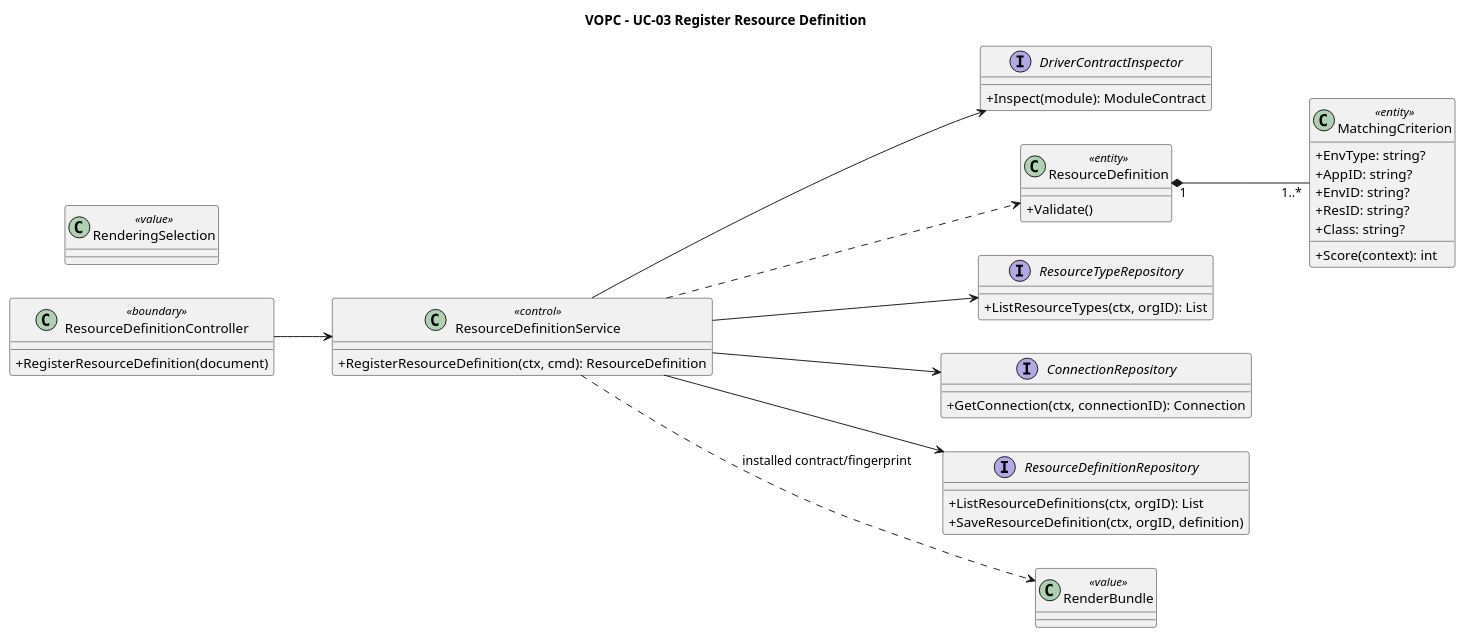
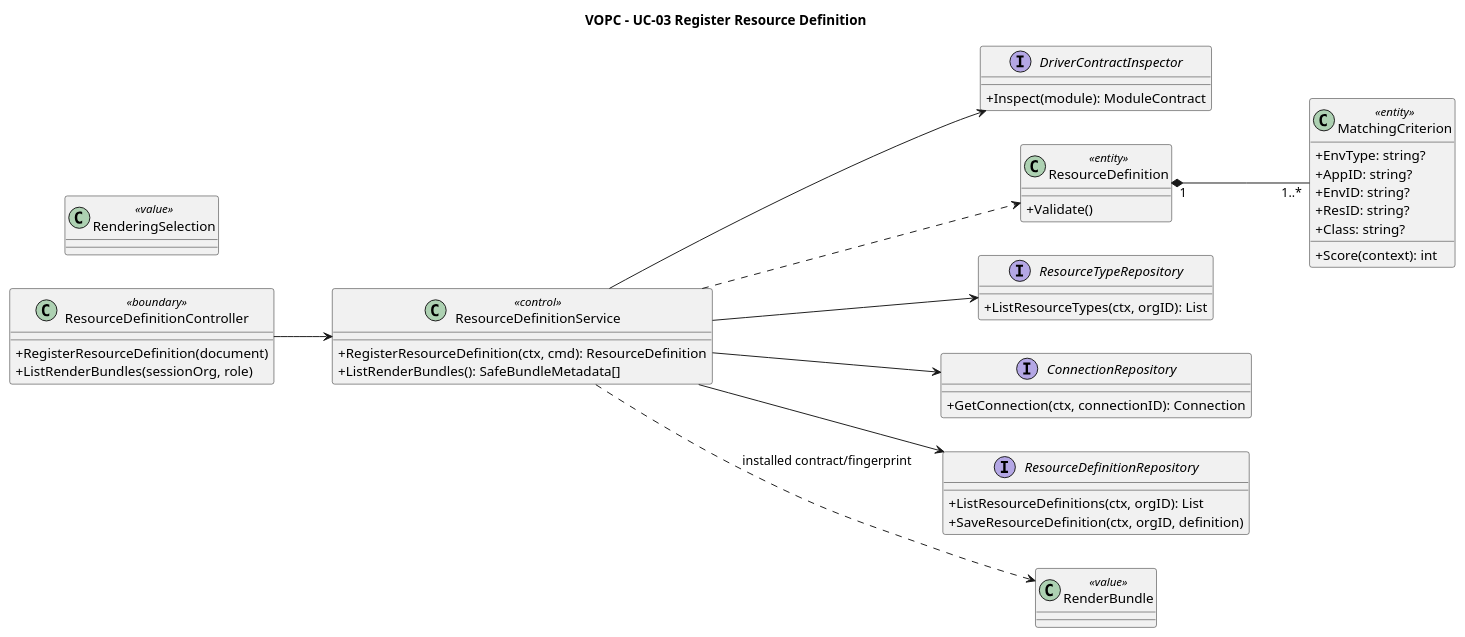
The diagram in orchestrator_docs/usecase/UC-03/vopc.puml (pr3s3nt/poc), drawn with PlantUML before and after one commit. The commit also changed 29 other files, not shown here.

Commit message:
T18: discover installed render bundles and complete template selector

```diff
--- a/orchestrator_docs/usecase/UC-03/vopc.puml
+++ b/orchestrator_docs/usecase/UC-03/vopc.puml
@@ -1,45 +1,47 @@
 @startuml
 title VOPC - UC-03 Register Resource Definition
 left to right direction
 skinparam classAttributeIconSize 0
 class ResourceDefinitionController <<boundary>> {
   +RegisterResourceDefinition(document)
+  +ListRenderBundles(sessionOrg, role)
 }
 class ResourceDefinitionService <<control>> {
   +RegisterResourceDefinition(ctx, cmd): ResourceDefinition
+  +ListRenderBundles(): SafeBundleMetadata[]
 }
 interface DriverContractInspector {
   +Inspect(module): ModuleContract
 }
 class ResourceDefinition <<entity>> {
   +Validate()
 }
 class MatchingCriterion <<entity>> {
   +EnvType: string?
   +AppID: string?
   +EnvID: string?
   +ResID: string?
   +Class: string?
   +Score(context): int
 }
 interface ResourceTypeRepository {
   +ListResourceTypes(ctx, orgID): List
 }
 interface ConnectionRepository {
   +GetConnection(ctx, connectionID): Connection
 }
 interface ResourceDefinitionRepository {
   +ListResourceDefinitions(ctx, orgID): List
   +SaveResourceDefinition(ctx, orgID, definition)
 }
 ResourceDefinitionController --> ResourceDefinitionService
 ResourceDefinitionService --> DriverContractInspector
 ResourceDefinitionService --> ResourceTypeRepository
 ResourceDefinitionService --> ConnectionRepository
 ResourceDefinitionService --> ResourceDefinitionRepository
 ResourceDefinitionService ..> ResourceDefinition
 ResourceDefinition "1" *-- "1..*" MatchingCriterion
 class RenderBundle <<value>>
 class RenderingSelection <<value>>
 ResourceDefinitionService ..> RenderBundle : installed contract/fingerprint
 @enduml
```
